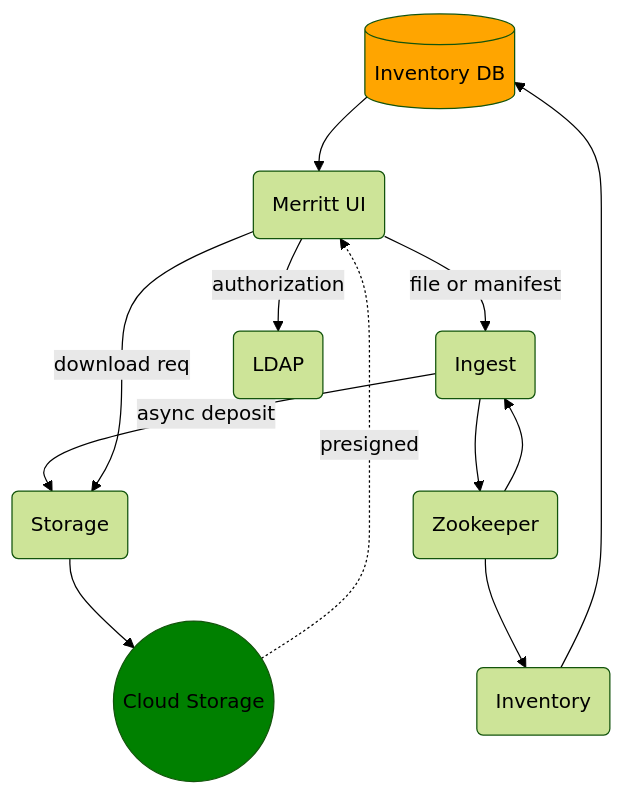
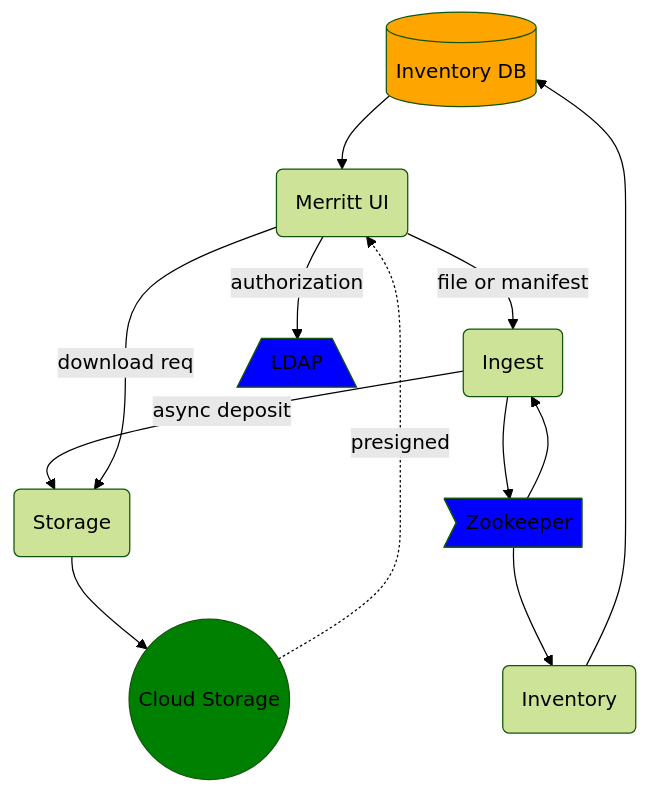
One commit to CDLUC3/mrt-doc changed the diagram in diagrams/overview-core.mmd. Above: the diagram before and after it, drawn with Mermaid (forest theme).

```diff
--- a/diagrams/overview-core.mmd
+++ b/diagrams/overview-core.mmd
@@ -1,24 +1,26 @@
 graph TD
   RDS[(Inventory DB)]
   UI(Merritt UI)
   ING(Ingest)
   ST(Storage)
   INV(Inventory)
   CLOUD(("Cloud Storage"))
-  LDAP(LDAP)
-  ZOO(Zookeeper)
+  LDAP[/LDAP\]
+  ZOO>Zookeeper]
 
   RDS --> UI
   UI --> |"file or manifest"| ING
   UI --> |authorization| LDAP
   ING --> |"async deposit"| ST
   ING --> ZOO
   ZOO --> ING
   ZOO --> INV
   UI ---> |download req| ST
   INV --> RDS
   ST --> CLOUD
   CLOUD -.-> |presigned| UI
 
   style CLOUD fill:green
   style RDS fill:orange
+  style ZOO fill:blue
+  style LDAP fill:blue
```
